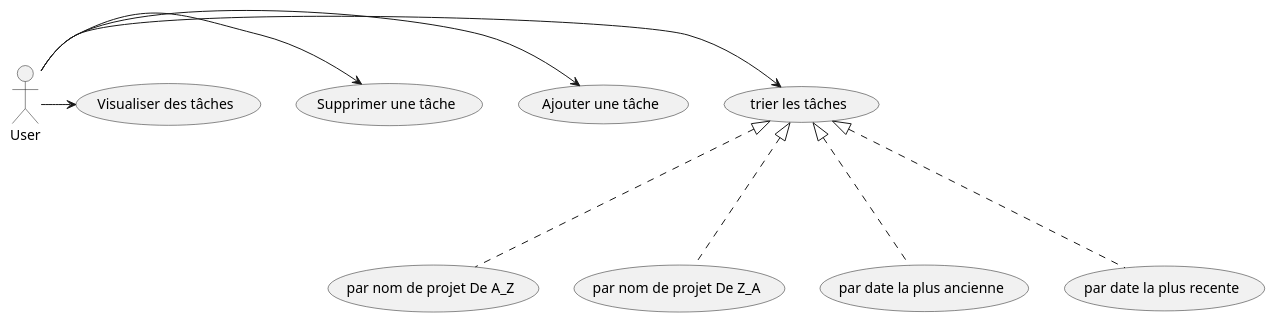
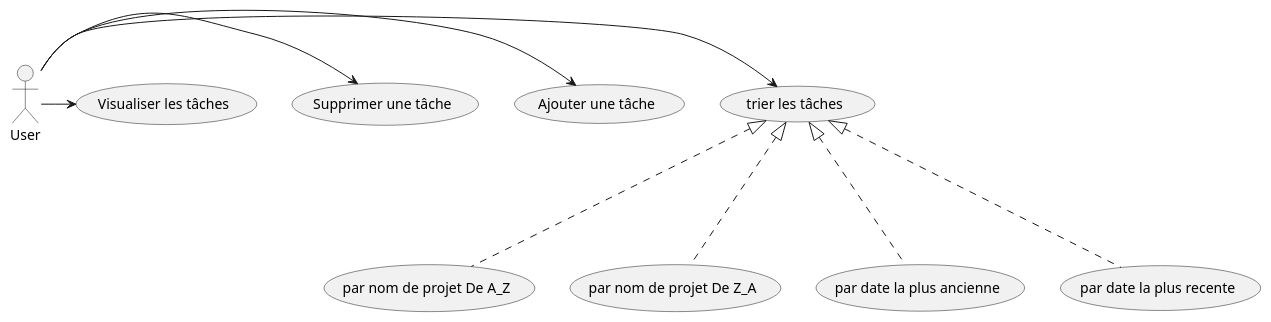
Before and after one commit to sivani88/Todoc: the diagram in app/src/main/java/Case Diagram.puml, drawn with PlantUML. The commit also changed 18 other files, not shown here.

```diff
--- a/app/src/main/java/Case Diagram.puml
+++ b/app/src/main/java/Case Diagram.puml
@@ -1,19 +1,19 @@
 @startuml
 'https://plantuml.com/use-case-diagram
 
 
 
 
 User -> (trier les tâches)
 User -> (Ajouter une tâche)
 User -> (Supprimer une tâche)
-User -> (Visualiser des tâches)
+User -> (Visualiser les tâches)
 
 (trier les tâches)<|...(par nom de projet De A_Z)
 (trier les tâches)<|...(par nom de projet De Z_A)
 (trier les tâches)<|...(par date la plus ancienne)
 (trier les tâches)<|...(par date la plus recente)
 
 
 
 @enduml
```
